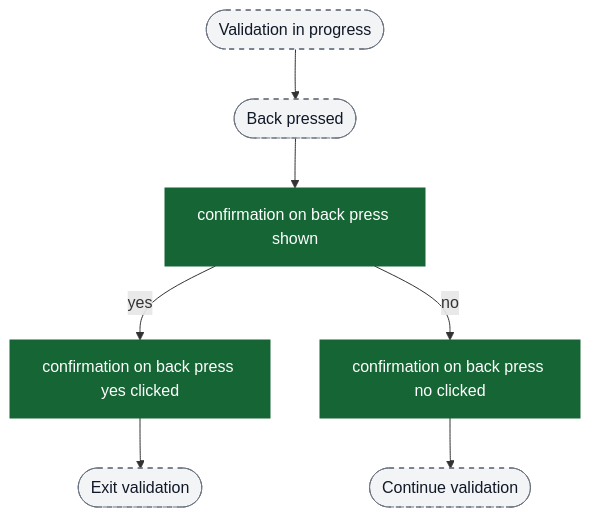
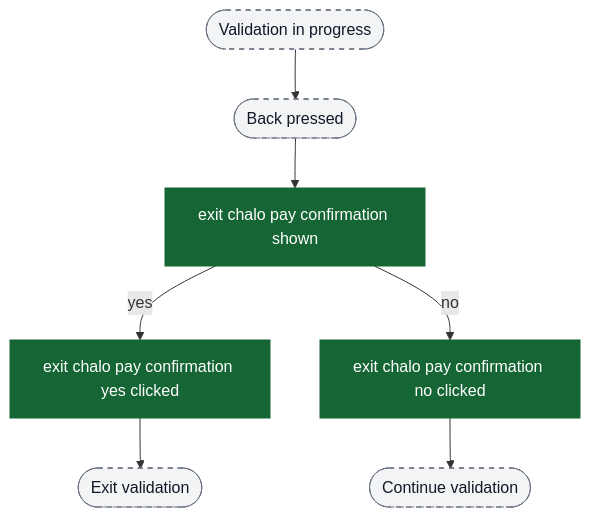
Diagram 14 of 16 in content/analytics/mticket/flow-diagrams.md (ratulsarna/chalo-app-dashboard), drawn with Mermaid before and after one commit. The commit also changed other lines of this file and 2 other files, not shown here.

Commit message:
fix(analytics): update lastAudited dates and standardize event names in mTicket flow

````diff
--- a/content/analytics/mticket/flow-diagrams.md
+++ b/content/analytics/mticket/flow-diagrams.md
@@ -359,18 +359,18 @@
 ```mermaid
 flowchart TD
   ui_validationInProgress([Validation in progress]) --> ui_backPress([Back pressed])
-  ui_backPress --> ev_confirmShown["confirmation on back press shown"]
+  ui_backPress --> ev_confirmShown["exit chalo pay confirmation shown"]
 
-  ev_confirmShown -->|yes| ev_confirmYes["confirmation on back press yes clicked"]
-  ev_confirmShown -->|no| ev_confirmNo["confirmation on back press no clicked"]
+  ev_confirmShown -->|yes| ev_confirmYes["exit chalo pay confirmation yes clicked"]
+  ev_confirmShown -->|no| ev_confirmNo["exit chalo pay confirmation no clicked"]
 
   ev_confirmYes --> ui_exitValidation([Exit validation])
   ev_confirmNo --> ui_continueValidation([Continue validation])
 
   classDef event fill:#166534,stroke:#166534,color:#ffffff;
   classDef ui fill:#f3f4f6,stroke:#6b7280,stroke-dasharray: 5 5,color:#111827;
   classDef external fill:#ffffff,stroke:#6b7280,stroke-dasharray: 3 3,color:#111827;
 
   class ev_confirmShown,ev_confirmYes,ev_confirmNo event;
   class ui_validationInProgress,ui_backPress,ui_exitValidation,ui_continueValidation ui;
 ```
````
